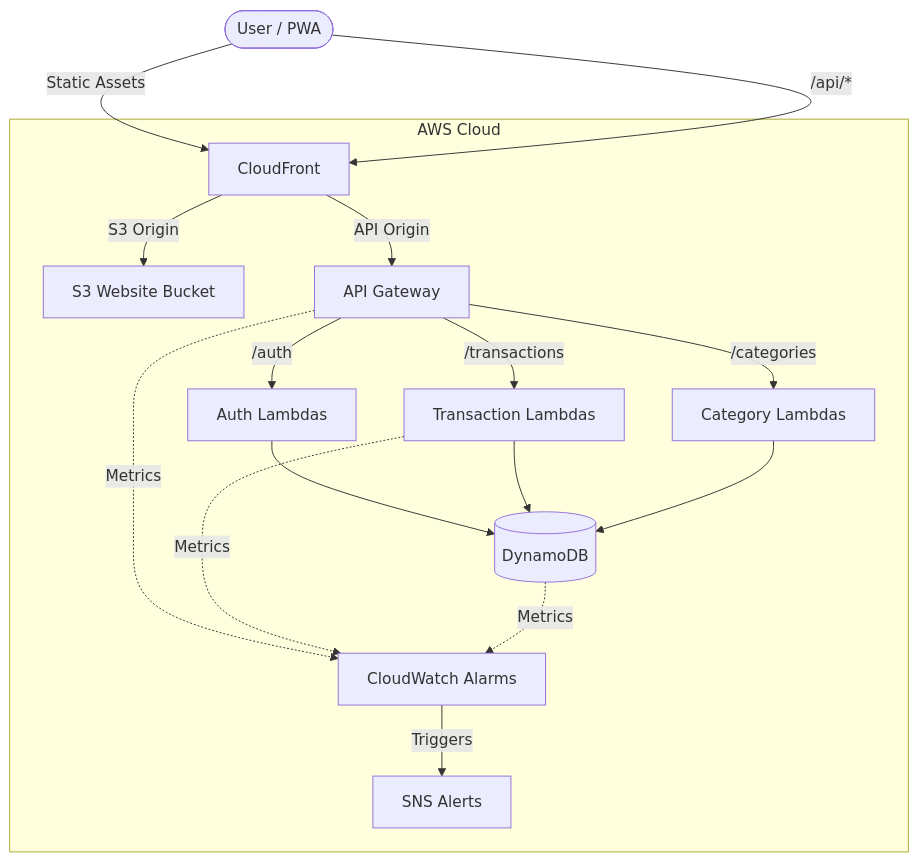
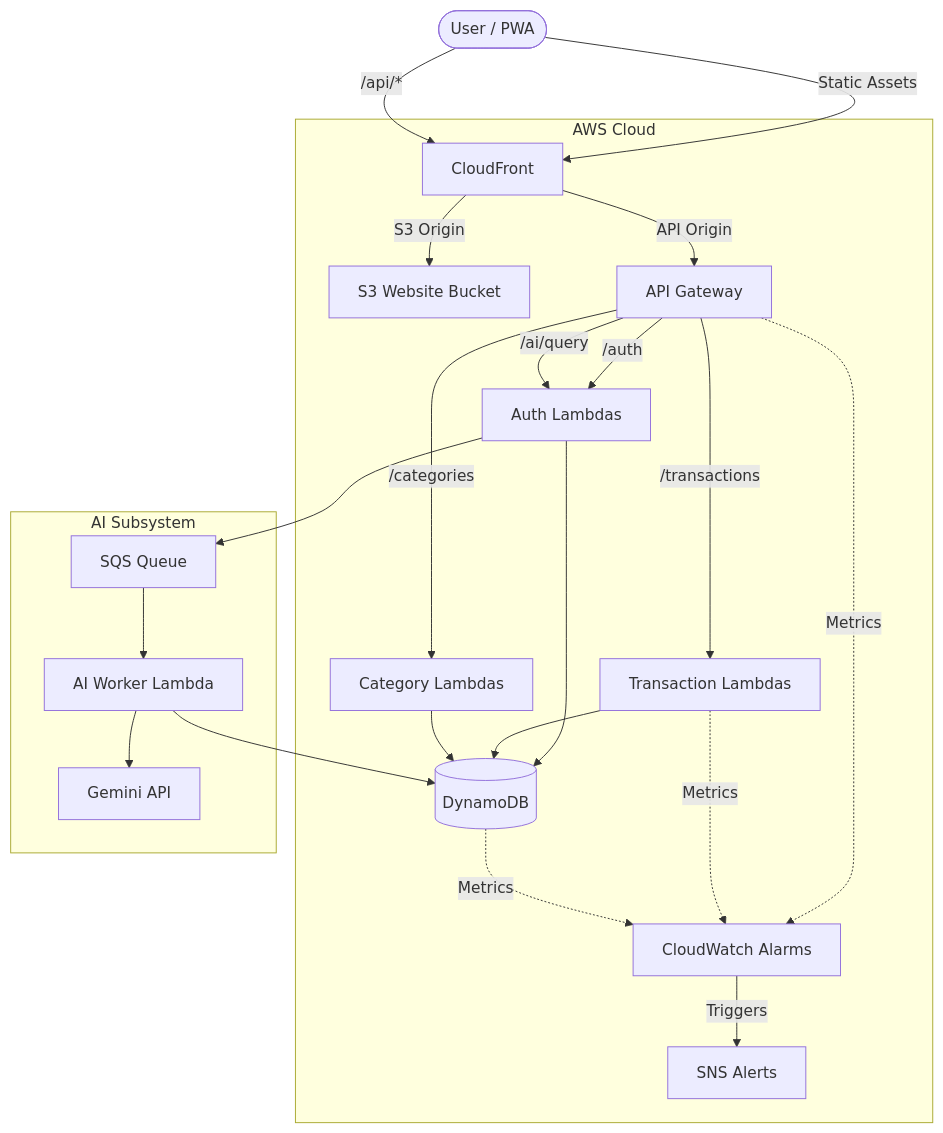
Before and after one commit to Sanskar31/expense-manager: the diagram in README.md, drawn with Mermaid. The commit also changed other lines of this file and 9 other files, not shown here.

Commit message:
feat: migrate AI assistant to SQS Async Polling architecture

````diff
--- a/README.md
+++ b/README.md
@@ -7,38 +7,50 @@
 ```mermaid
 flowchart TD
     subgraph aws [AWS Cloud]
         cloudfront[CloudFront]
         s3[S3 Website Bucket]
         apigw[API Gateway]
         
         lambdaAuth[Auth Lambdas]
         lambdaTx[Transaction Lambdas]
         lambdaCat[Category Lambdas]
         
         dynamodb[(DynamoDB)]
         cloudwatch[CloudWatch Alarms]
         sns[SNS Alerts]
     end
 
     user([User / PWA])
 
     user -->|Static Assets| cloudfront
     user -->|/api/*| cloudfront
     
     cloudfront -->|S3 Origin| s3
     cloudfront -->|API Origin| apigw
     
     apigw -->|/auth| lambdaAuth
     apigw -->|/transactions| lambdaTx
     apigw -->|/categories| lambdaCat
     
     lambdaAuth --> dynamodb
     lambdaTx --> dynamodb
     lambdaCat --> dynamodb
     
     apigw -.->|Metrics| cloudwatch
     lambdaTx -.->|Metrics| cloudwatch
     dynamodb -.->|Metrics| cloudwatch
     
     cloudwatch -->|Triggers| sns
+
+    subgraph ai [AI Subsystem]
+        sqs[SQS Queue]
+        lambdaAiWorker[AI Worker Lambda]
+        gemini[Gemini API]
+    end
+
+    apigw -->|/ai/query| lambdaAuth
+    lambdaAuth --> sqs
+    sqs --> lambdaAiWorker
+    lambdaAiWorker --> gemini
+    lambdaAiWorker --> dynamodb
 ```
````
